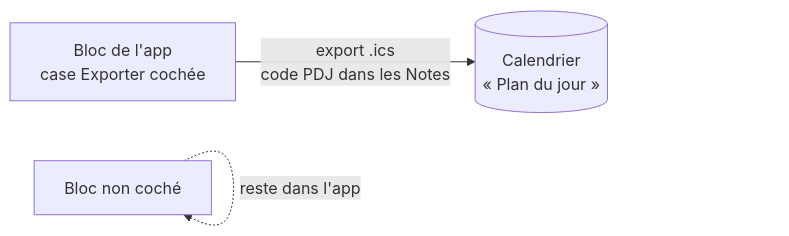
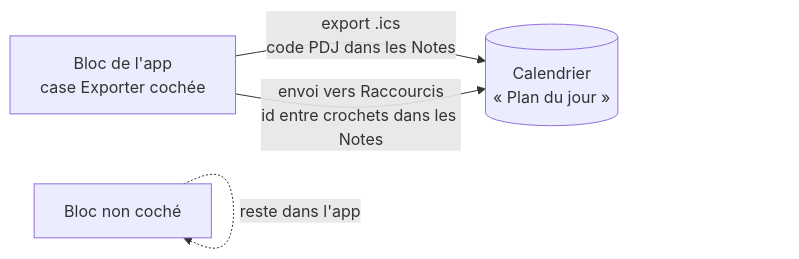
The fourth of 4 diagrams in ARCHITECTURE.md (Maximeavril1869/PlanDuJour), drawn with Mermaid before and after one commit. The commit also changed other lines of this file and 8 other files, not shown here.

````diff
--- a/ARCHITECTURE.md
+++ b/ARCHITECTURE.md
@@ -141,5 +143,6 @@
 ```mermaid
 flowchart LR
   A[Bloc de l'app<br/>case Exporter cochée] -->|export .ics<br/>code PDJ dans les Notes| C[(Calendrier<br/>« Plan du jour »)]
   B[Bloc non coché] -. reste dans l'app .-> B
+  A -->|envoi vers Raccourcis<br/>id entre crochets dans les Notes| C
 ```
````
